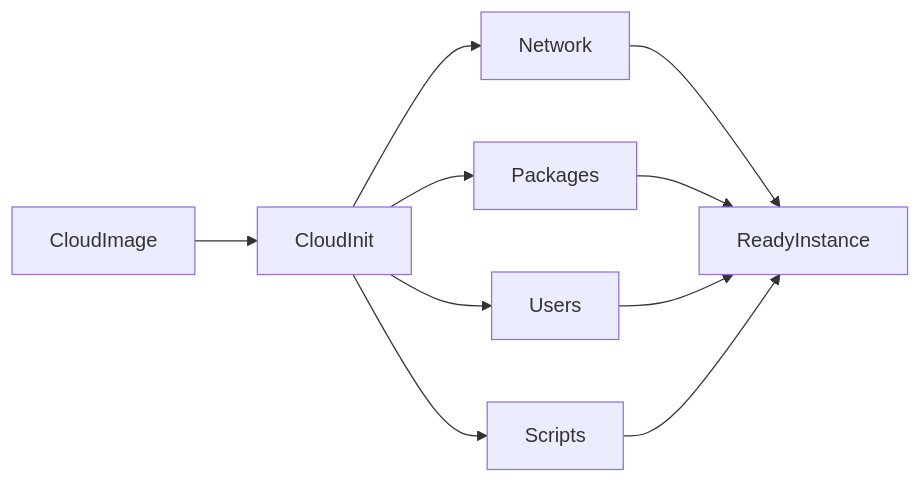
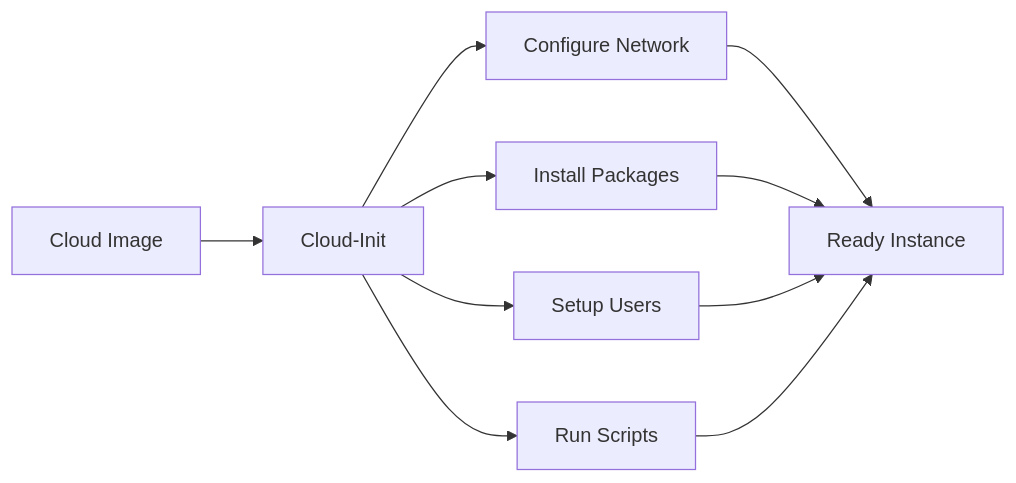
Before and after one commit to rbcmgs/cloud-init-library: the first of 3 diagrams in README.md, drawn with Mermaid. The commit also changed other lines of this file, not shown here.

Commit message:
Refactor README.md to update diagram syntax from mermaid to flowchart and mindmap

````diff
--- a/README.md
+++ b/README.md
@@ -15,12 +15,9 @@
 ```mermaid
-graph LR
-  CloudImage --> CloudInit
-  CloudInit --> Network
-  CloudInit --> Packages
-  CloudInit --> Users
-  CloudInit --> Scripts
-  Network --> ReadyInstance
-  Packages --> ReadyInstance
-  Users --> ReadyInstance
-  Scripts --> ReadyInstance
+flowchart LR
+  CloudImage[Cloud Image] --> CloudInit[Cloud-Init]
+  CloudInit --> Network[Configure Network]
+  CloudInit --> Packages[Install Packages]
+  CloudInit --> Users[Setup Users]
+  CloudInit --> Scripts[Run Scripts]
+  Network & Packages & Users & Scripts --> ReadyInstance[Ready Instance]
 ```
````
